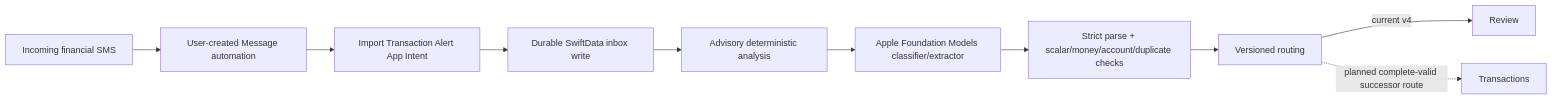
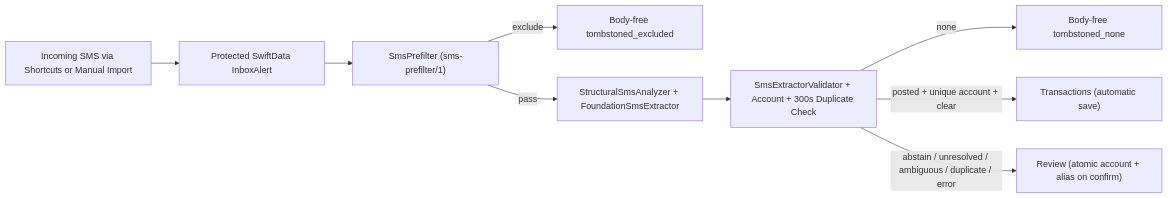
One commit to pocket-financer/pocket-financer-ios changed the diagram in README.md. Above: the diagram before and after it, drawn with Mermaid. The commit also changed other lines of this file and 195 other files, not shown here.

Commit message:
feat: consolidate SMS pipeline and align Apple FM contract

````diff
--- a/README.md
+++ b/README.md
@@ -42,12 +31,11 @@
 ```mermaid
 flowchart LR
-    A["Incoming financial SMS"] --> B["User-created Message automation"]
-    B --> C["Import Transaction Alert App Intent"]
-    C --> D["Durable SwiftData inbox write"]
-    D --> E["Advisory deterministic analysis"]
-    E --> G["Apple Foundation Models classifier/extractor"]
-    G --> H["Strict parse + scalar/money/account/duplicate checks"]
-    H --> I["Versioned routing"]
-    I -->|"current v4"| J["Review"]
-    I -.->|"planned complete-valid successor route"| K["Transactions"]
+    A["Incoming SMS via Shortcuts or Manual Import"] --> B["Protected SwiftData InboxAlert"]
+    B --> C["SmsPrefilter (sms-prefilter/1)"]
+    C -->|"exclude"| T1["Body-free tombstoned_excluded"]
+    C -->|"pass"| D["StructuralSmsAnalyzer + FoundationSmsExtractor"]
+    D --> E["SmsExtractorValidator + Account + 300s Duplicate Check"]
+    E -->|"none"| T2["Body-free tombstoned_none"]
+    E -->|"posted + unique account + clear"| F["Transactions (automatic save)"]
+    E -->|"abstain / unresolved / ambiguous / duplicate / error"| G["Review (atomic account + alias on confirm)"]
 ```
````
